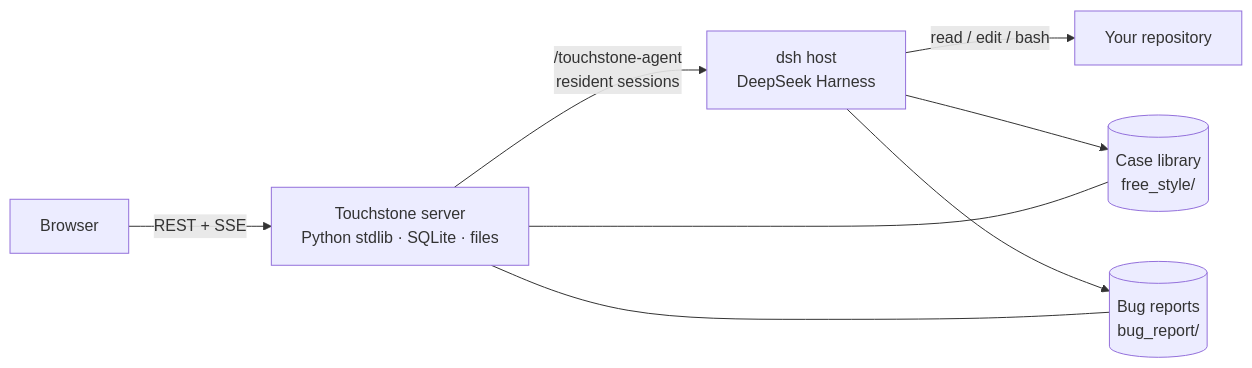
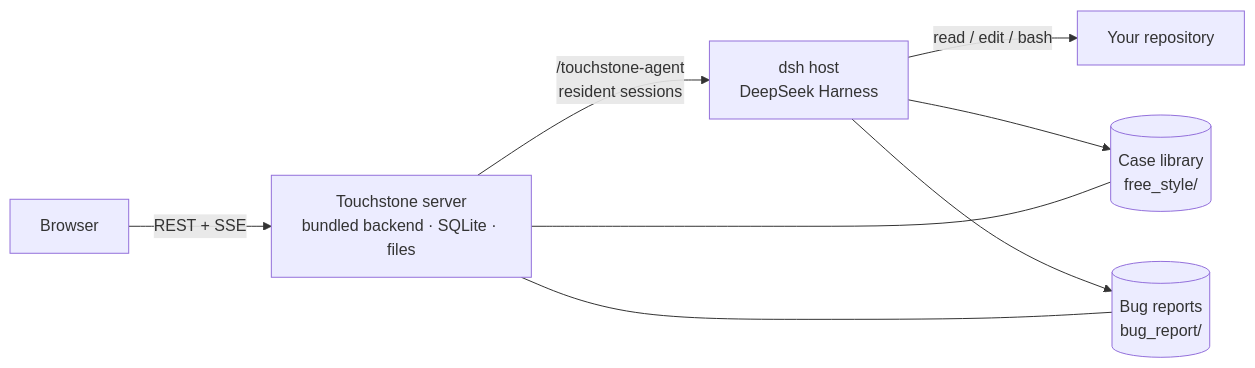
One commit to gavinc-cn/touchstone-dsh changed the diagram in README.md. Above: the diagram before and after it, drawn with Mermaid. The commit also changed other lines of this file and 16 other files, not shown here.

````diff
--- a/README.md
+++ b/README.md
@@ -88,10 +262,10 @@
 ```mermaid
 flowchart LR
-  U[Browser] -->|REST + SSE| S["Touchstone server<br/>Python stdlib · SQLite · files"]
+  U[Browser] -->|REST + SSE| S["Touchstone server<br/>bundled backend · SQLite · files"]
   S -->|"/touchstone-agent<br/>resident sessions"| D["dsh host<br/>DeepSeek Harness"]
   D -->|"read / edit / bash"| R["Your repository"]
   D --> C[("Case library<br/>free_style/")]
   D --> B[("Bug reports<br/>bug_report/")]
   S --- C
   S --- B
 ```
````
